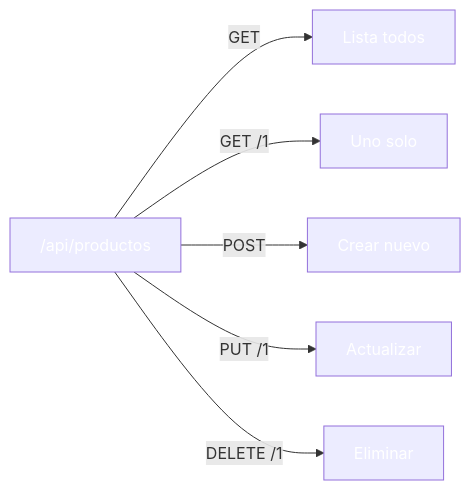
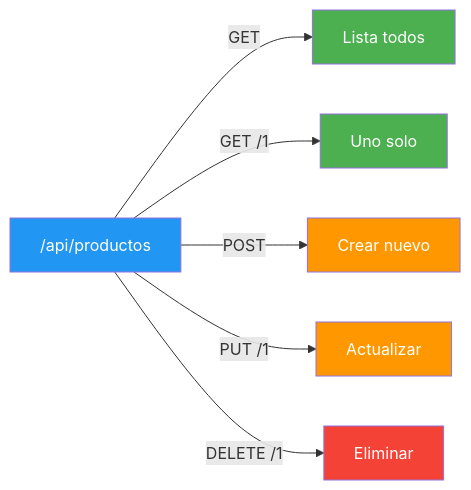
One commit to joseluisgs/DesarrolloWebEntornosServidor-02-2026-2027 changed the third of 4 diagrams in 02-rest-api.md. Above: the diagram before and after it, drawn with Mermaid. The commit also changed other lines of this file and 29 other files, not shown here.

Commit message:
docs: corregir estilos Mermaid y estilo, quitar referencias a la Tienda y reestructurar los retos 13 y 15

````diff
--- a/02-rest-api.md
+++ b/02-rest-api.md
@@ -110,14 +110,14 @@
 ```mermaid
 flowchart LR
     A["/api/productos"] -->|GET| B["Lista todos"]
     A -->|GET /1| C["Uno solo"]
     A -->|POST| D["Crear nuevo"]
     A -->|PUT /1| E["Actualizar"]
     A -->|DELETE /1| F["Eliminar"]
-    style A fill:#2196F,color:#fff3,color:#fff
-    style B fill:#4CAF5,color:#fff0,color:#fff
-    style C fill:#4CAF5,color:#fff0,color:#fff
-    style D fill:#FF980,color:#fff0,color:#fff
-    style E fill:#FF980,color:#fff0,color:#fff
-    style F fill:#f4433,color:#fff6,color:#fff
+    style A fill:#2196F3,color:#fff
+    style B fill:#4CAF50,color:#fff
+    style C fill:#4CAF50,color:#fff
+    style D fill:#FF9800,color:#fff
+    style E fill:#FF9800,color:#fff
+    style F fill:#f44336,color:#fff
 ```
````
